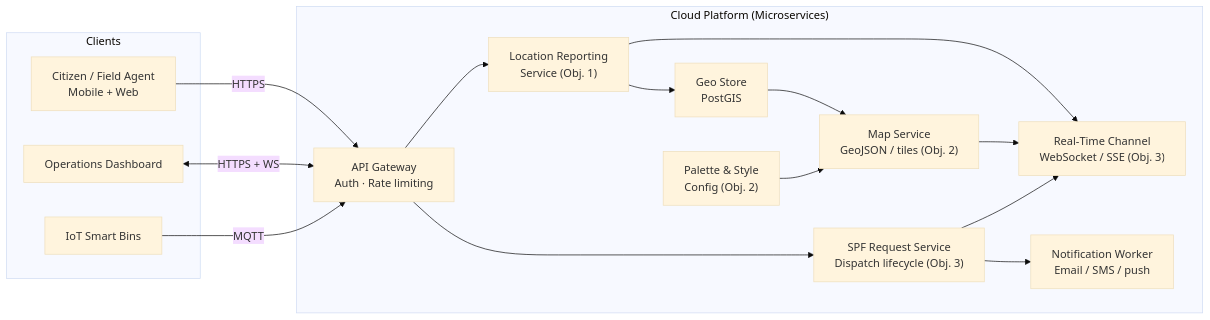
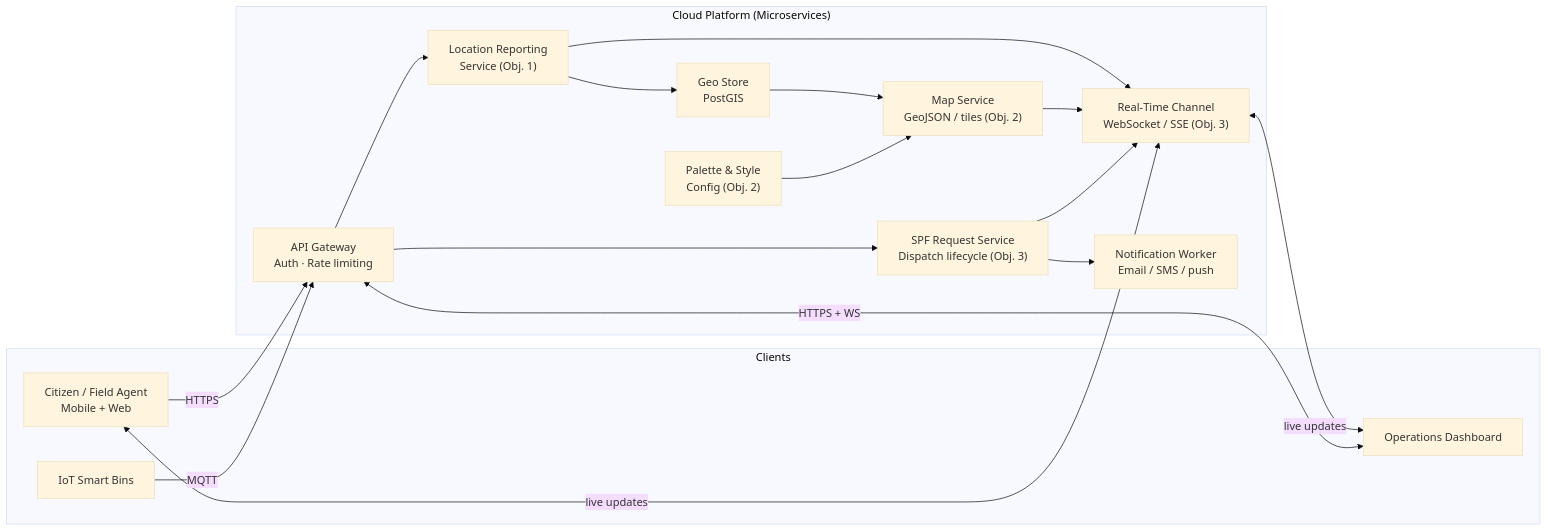
Before and after one commit to sas-bergson/Distributed-Waste-Management-System: the diagram in README.md, drawn with Mermaid (base theme). The commit also changed other lines of this file, not shown here.

````diff
--- a/README.md
+++ b/README.md
@@ -60,33 +60,35 @@
 ```mermaid
 flowchart LR
     subgraph Clients
         C1["Citizen / Field Agent<br/>Mobile + Web"]
         C2["Operations Dashboard"]
         C3["IoT Smart Bins"]
     end
 
     subgraph Cloud ["Cloud Platform (Microservices)"]
         GW["API Gateway<br/>Auth · Rate limiting"]
         LOC["Location Reporting<br/>Service (Obj. 1)"]
         GEO["Geo Store<br/>PostGIS"]
         MAP["Map Service<br/>GeoJSON / tiles (Obj. 2)"]
         STYLE["Palette & Style<br/>Config (Obj. 2)"]
         SPF["SPF Request Service<br/>Dispatch lifecycle (Obj. 3)"]
         RT["Real‑Time Channel<br/>WebSocket / SSE (Obj. 3)"]
         NTF["Notification Worker<br/>Email / SMS / push"]
     end
 
     C1 -->|HTTPS| GW
     C2 <-->|HTTPS + WS| GW
     C3 -->|MQTT| GW
 
     GW --> LOC
     LOC --> GEO
     GEO --> MAP
     STYLE --> MAP
     GW --> SPF
     SPF --> NTF
     LOC --> RT
     MAP --> RT
     SPF --> RT
+    RT <-->|live updates| C2
+    RT <-->|live updates| C1
 ```
````
